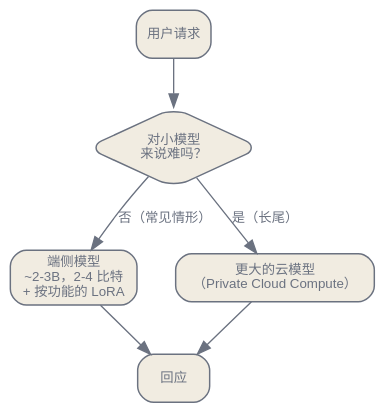
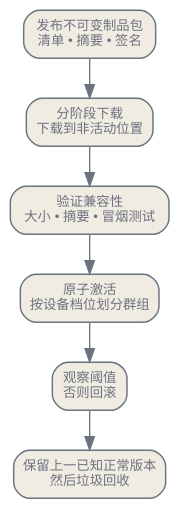
Before and after one commit to latere-ai/ai-as-an-infrastructure: the third of 3 diagrams in zh/practice/03-edge-on-device.qmd, drawn with Graphviz. The commit also changed other lines of this file and 2 other files, not shown here.

Commit message:
docs: rewrite Chinese edge deployment chapter

````diff
--- a/zh/practice/03-edge-on-device.qmd
+++ b/zh/practice/03-edge-on-device.qmd
@@ -21,21 +210,18 @@
 ```{dot}
-//| label: fig-edge-tier
-//| fig-cap: "端侧这一档与它的暗门。一个小的量化模型把常见请求整个在设备上办掉，并在一个驻留的基座上按功能换入 LoRA 适配器；它办不了的请求，路由到一个更大的云模型，在 Apple 的栈上跑在一个保护隐私的 Private Cloud Compute 飞地里。取材自 Gemini Nano 与 Apple Intelligence 的设计。"
+//| label: fig-edge-lifecycle
+//| fig-cap: "可回退的模型交付路径。先验证并冒烟测试非活动制品包，再原子切换指针；新版本群组健康之前，始终保留上一已知正常版本。"
 digraph {
   bgcolor="transparent";
   rankdir=TB;
-  nodesep=0.4; ranksep=0.5;
+  nodesep=0.25; ranksep=0.42;
   node [shape=box, style="rounded,filled", fontname="Helvetica", fontsize=10, color="#6b7280", fontcolor="#6b7280", fillcolor="#f1ece1", penwidth=1.1];
-  edge [fontsize=10, fontname="Helvetica", color="#6b7280", fontcolor="#6b7280"];
-  req [label="用户请求"];
-  route [label="对小模型\n来说难吗？", shape=diamond];
-  dev [label="端侧模型\n~2-3B，2-4 比特\n+ 按功能的 LoRA"];
-  cloud [label="更大的云模型\n（Private Cloud Compute）"];
-  out [label="回应"];
-  req -> route;
-  route -> dev [label="否（常见情形）"];
-  route -> cloud [label="是（长尾）"];
-  dev -> out;
-  cloud -> out;
+  edge [fontsize=9, fontname="Helvetica", color="#6b7280", fontcolor="#6b7280"];
+  publish [label="发布不可变制品包\n清单 • 摘要 • 签名"];
+  stage [label="分阶段下载\n下载到非活动位置"];
+  verify [label="验证兼容性\n大小 • 摘要 • 冒烟测试"];
+  activate [label="原子激活\n按设备档位划分群组"];
+  observe [label="观察阈值\n否则回滚"];
+  retain [label="保留上一已知正常版本\n然后垃圾回收"];
+  publish -> stage -> verify -> activate -> observe -> retain;
 }
 ```
````
